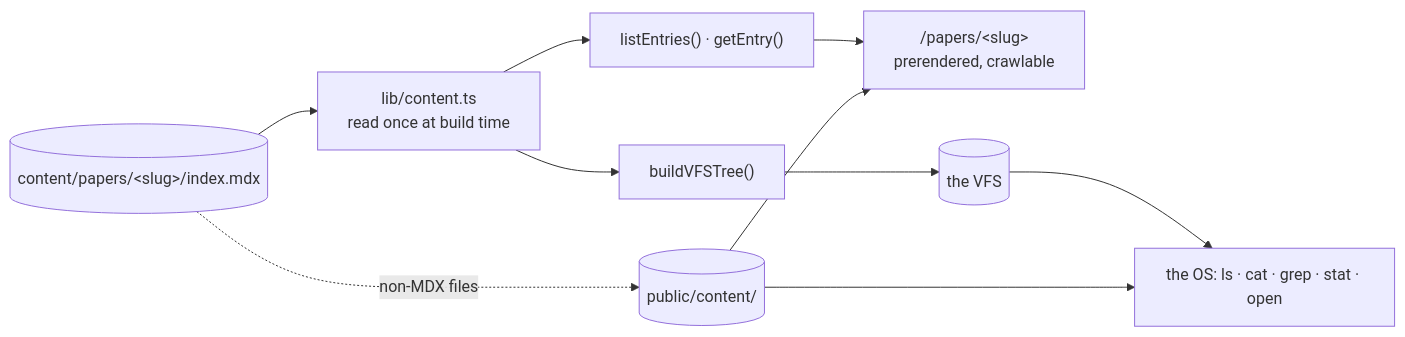
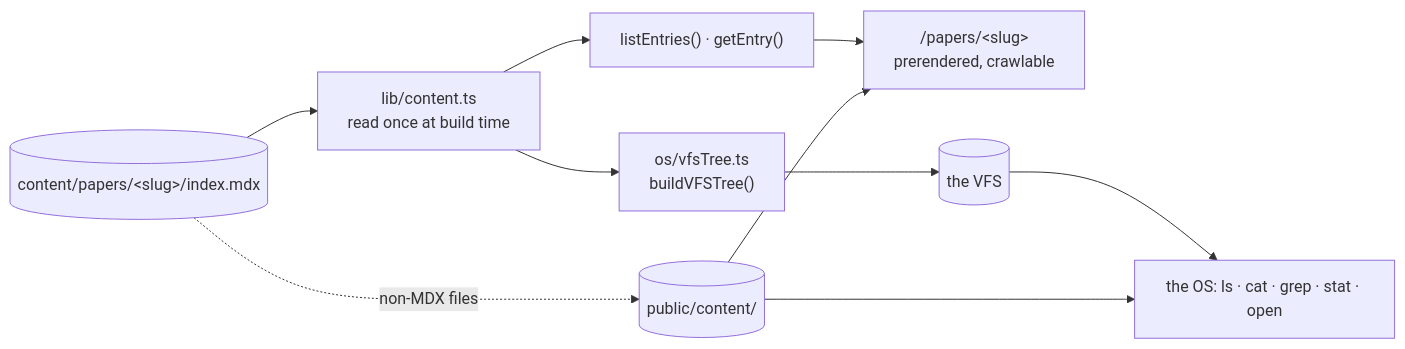
Before and after one commit to ijohnkojo/portfolio: the diagram in docs/authoring.md, drawn with Mermaid. The commit also changed other lines of this file and 139 other files, not shown here.

First line of the commit message:
Separate the OS into os/ and make it a project (graph-home phase 1)

````diff
--- a/docs/authoring.md
+++ b/docs/authoring.md
@@ -89,12 +91,12 @@
 ```mermaid
 flowchart LR
     DISK[("content/papers/&lt;slug&gt;/index.mdx")] --> LOADER["lib/content.ts<br/>read once at build time"]
     LOADER --> ENTRIES["listEntries() · getEntry()"]
-    LOADER --> TREE["buildVFSTree()"]
+    LOADER --> TREE["os/vfsTree.ts<br/>buildVFSTree()"]
     ENTRIES --> ROUTES["/papers/&lt;slug&gt;<br/>prerendered, crawlable"]
     TREE --> VFS[("the VFS")]
     VFS --> OS["the OS: ls · cat · grep · stat · open"]
     DISK -. "non-MDX files" .-> PUBLIC[("public/content/")]
     PUBLIC --> ROUTES
     PUBLIC --> OS
 ```
````
